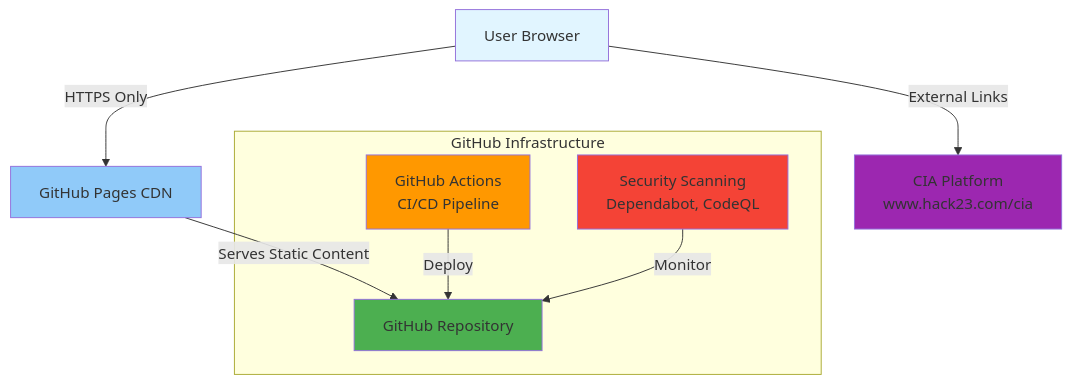
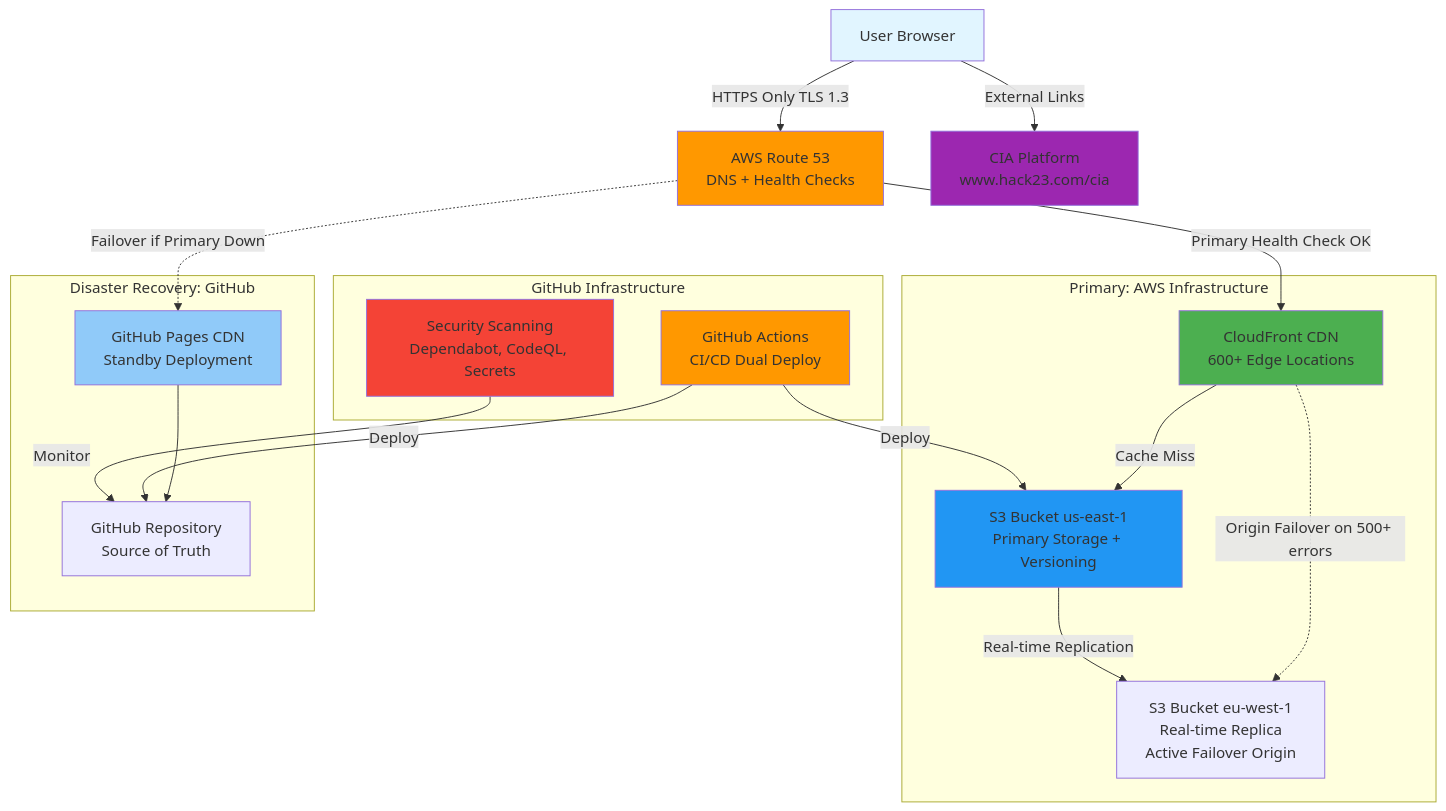
Before and after one commit to Hack23/riksdagsmonitor: the diagram in SECURITY_ARCHITECTURE.md, drawn with Mermaid. The commit also changed other lines of this file, not shown here.

Commit message:
Update SECURITY_ARCHITECTURE.md with AWS infrastructure and security controls

````diff
--- a/SECURITY_ARCHITECTURE.md
+++ b/SECURITY_ARCHITECTURE.md
@@ -32,27 +34,48 @@
 ```mermaid
 graph TB
     User[User Browser]
-    CDN[GitHub Pages CDN]
-    GitHub[GitHub Repository]
+    Route53[AWS Route 53<br/>DNS + Health Checks]
+    
+    subgraph "Primary: AWS Infrastructure"
+        CF[CloudFront CDN<br/>600+ Edge Locations]
+        S3US[S3 Bucket us-east-1<br/>Primary Storage + Versioning]
+        S3EU[S3 Bucket eu-west-1<br/>Real-time Replica<br/>Active Failover Origin]
+    end
+    
+    subgraph "Disaster Recovery: GitHub"
+        GHCDN[GitHub Pages CDN<br/>Standby Deployment]
+        GitHub[GitHub Repository<br/>Source of Truth]
+    end
+    
     CIA[CIA Platform<br/>www.hack23.com/cia]
     
-    User -->|HTTPS Only| CDN
-    CDN -->|Serves Static Content| GitHub
+    User -->|HTTPS Only TLS 1.3| Route53
+    Route53 -->|Primary Health Check OK| CF
+    Route53 -.->|Failover if Primary Down| GHCDN
+    
+    CF -->|Cache Miss| S3US
+    CF -.->|Origin Failover on 500+ errors| S3EU
+    S3US -->|Real-time Replication| S3EU
+    GHCDN --> GitHub
+    
     User -->|External Links| CIA
     
     subgraph "GitHub Infrastructure"
         GitHub
-        Actions[GitHub Actions<br/>CI/CD Pipeline]
-        Security[Security Scanning<br/>Dependabot, CodeQL]
+        Actions[GitHub Actions<br/>CI/CD Dual Deploy]
+        Security[Security Scanning<br/>Dependabot, CodeQL, Secrets]
     end
     
+    Actions -->|Deploy| S3US
     Actions -->|Deploy| GitHub
     Security -->|Monitor| GitHub
     
     style User fill:#e1f5ff
-    style CDN fill:#90caf9
-    style GitHub fill:#4caf50
+    style Route53 fill:#ff9800
+    style CF fill:#4caf50
+    style S3US fill:#2196f3
+    style GHCDN fill:#90caf9
     style Actions fill:#ff9800
     style Security fill:#f44336
     style CIA fill:#9c27b0
 ```
````
